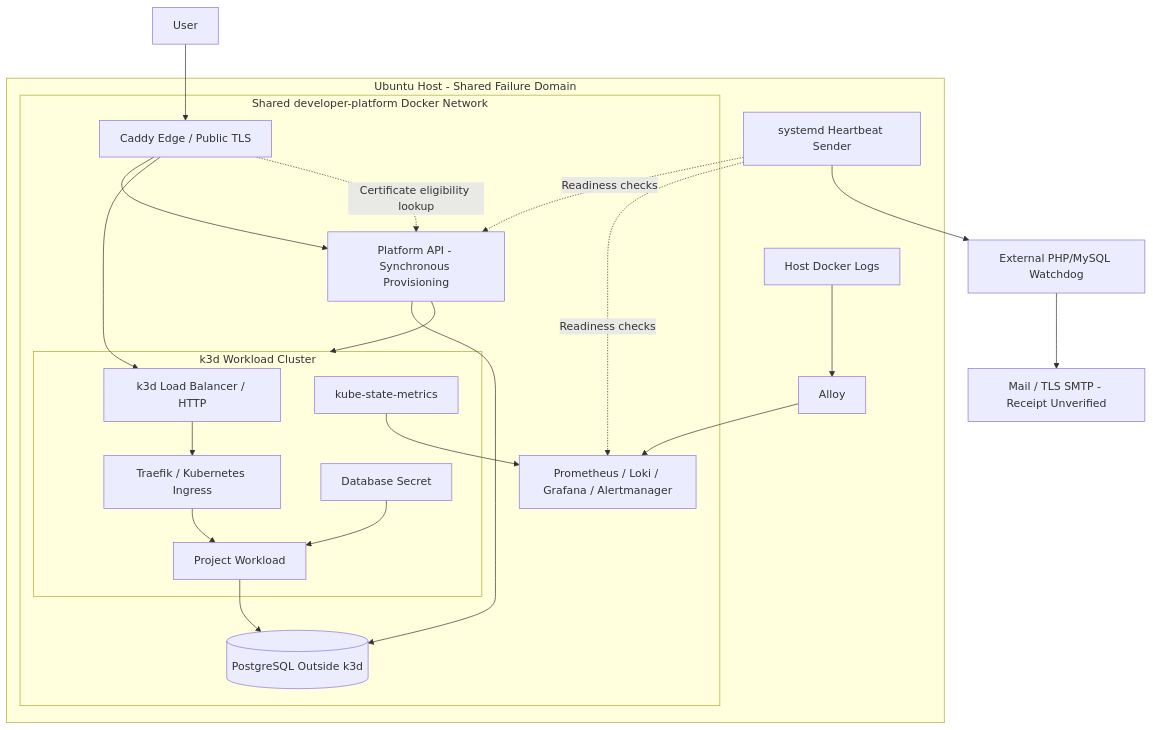
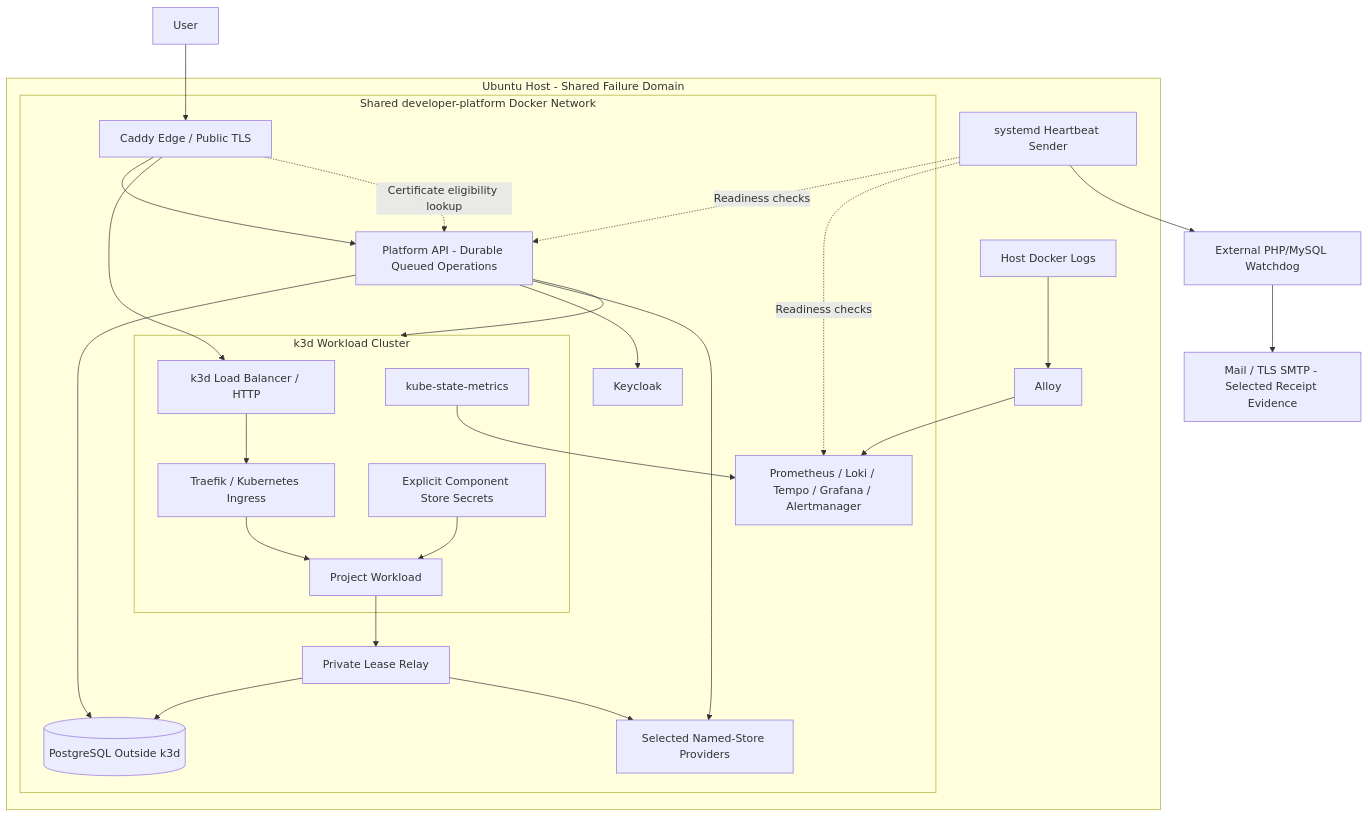
Before and after one commit to eseidinger/developer-platform: the diagram in docs/architecture/diagrams/topology.md, drawn with Mermaid. The commit also changed other lines of this file and 65 other files, not shown here.

````diff
--- a/docs/architecture/diagrams/topology.md
+++ b/docs/architecture/diagrams/topology.md
@@ -5,27 +5,30 @@
 ```mermaid
 flowchart TB
     User["User"] --> Edge
     subgraph Host["Ubuntu Host - Shared Failure Domain"]
         subgraph Network["Shared developer-platform Docker Network"]
-            Edge["Caddy Edge / Public TLS"] --> API["Platform API - Synchronous Provisioning"]
+            Edge["Caddy Edge / Public TLS"] --> API["Platform API - Durable Queued Operations"]
             Edge --> LB["k3d Load Balancer / HTTP"]
             Edge -. "Certificate eligibility lookup" .-> API
             subgraph Cluster["k3d Workload Cluster"]
                 LB --> Ingress["Traefik / Kubernetes Ingress"]
                 Ingress --> App["Project Workload"]
-                Secret["Database Secret"] --> App
+                Secret["Explicit Component Store Secrets"] --> App
                 Metrics["kube-state-metrics"]
             end
             API --> Cluster
             API --> PG[("PostgreSQL Outside k3d")]
-            App --> PG
-            Metrics --> Monitor["Prometheus / Loki / Grafana / Alertmanager"]
+            App --> Relay["Private Lease Relay"] --> PG
+            API --> IdP["Keycloak"]
+            API --> Stores["Selected Named-Store Providers"]
+            Relay --> Stores
+            Metrics --> Monitor["Prometheus / Loki / Tempo / Grafana / Alertmanager"]
         end
         DockerLogs["Host Docker Logs"] --> Alloy["Alloy"]
         Alloy --> Monitor
         Heartbeat["systemd Heartbeat Sender"] -. "Readiness checks" .-> API
         Heartbeat -. "Readiness checks" .-> Monitor
     end
     Heartbeat --> External["External PHP/MySQL Watchdog"]
-    External --> Alert["Mail / TLS SMTP - Receipt Unverified"]
+    External --> Alert["Mail / TLS SMTP - Selected Receipt Evidence"]
 ```
````
